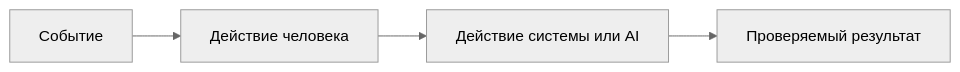
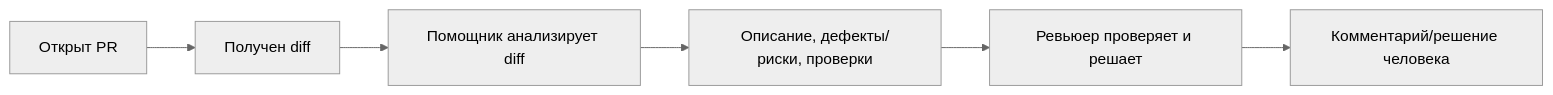
The diagram in practices/practice_01/analysis.md (ai-course-avito/ITMOv2), drawn with Mermaid (neutral theme) before and after one commit. The commit also changed other lines of this file and 12 other files, not shown here.

````diff
--- a/practices/practice_01/analysis.md
+++ b/practices/practice_01/analysis.md
@@ -14,6 +14,8 @@
 ```mermaid
 flowchart LR
-    A[Событие] --> B[Действие человека]
-    B --> C[Действие системы или AI]
-    C --> D[Проверяемый результат]
+    PR[Открыт PR] --> Diff[Получен diff]
+    Diff --> AI[Помощник анализирует diff]
+    AI --> Suggestions[Описание, дефекты/риски, проверки]
+    Suggestions --> Reviewer[Ревьюер проверяет и решает]
+    Reviewer --> Outcome[Комментарий/решение человека]
 ```
````
